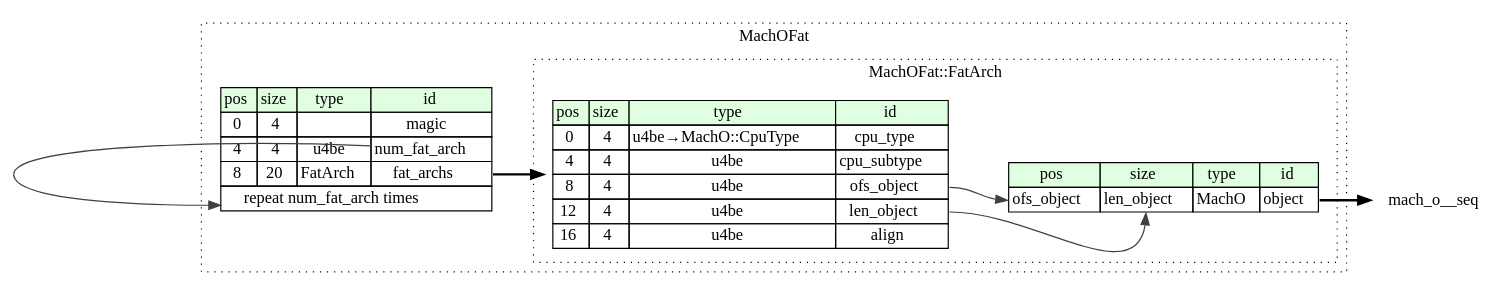
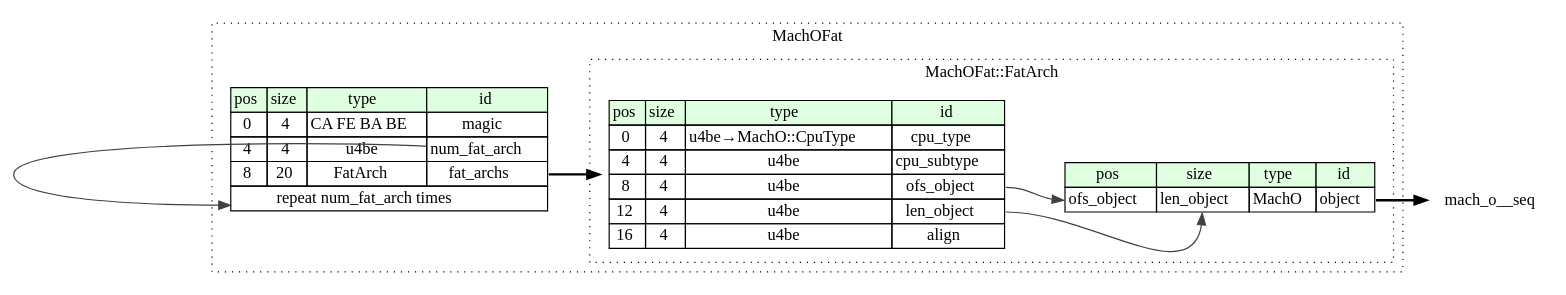
One commit to kaitai-io/formats-kaitai-io.github.io changed the diagram in mach_o_fat/src/graphviz/mach_o_fat.dot. Above: the diagram before and after it, drawn with Graphviz. The commit also changed 6539 other files, not shown here.

```diff
--- a/mach_o_fat/src/graphviz/mach_o_fat.dot
+++ b/mach_o_fat/src/graphviz/mach_o_fat.dot
@@ -1,38 +1,38 @@
 digraph {
 	rankdir=LR;
 	node [shape=plaintext];
 	subgraph cluster__mach_o_fat {
 		label="MachOFat";
 		graph[style=dotted];
 
 		mach_o_fat__seq [label=<<TABLE BORDER="0" CELLBORDER="1" CELLSPACING="0">
 			<TR><TD BGCOLOR="#E0FFE0">pos</TD><TD BGCOLOR="#E0FFE0">size</TD><TD BGCOLOR="#E0FFE0">type</TD><TD BGCOLOR="#E0FFE0">id</TD></TR>
-			<TR><TD PORT="magic_pos">0</TD><TD PORT="magic_size">4</TD><TD></TD><TD PORT="magic_type">magic</TD></TR>
+			<TR><TD PORT="magic_pos">0</TD><TD PORT="magic_size">4</TD><TD>CA FE BA BE</TD><TD PORT="magic_type">magic</TD></TR>
 			<TR><TD PORT="num_fat_arch_pos">4</TD><TD PORT="num_fat_arch_size">4</TD><TD>u4be</TD><TD PORT="num_fat_arch_type">num_fat_arch</TD></TR>
 			<TR><TD PORT="fat_archs_pos">8</TD><TD PORT="fat_archs_size">20</TD><TD>FatArch</TD><TD PORT="fat_archs_type">fat_archs</TD></TR>
 			<TR><TD COLSPAN="4" PORT="fat_archs__repeat">repeat num_fat_arch times</TD></TR>
 		</TABLE>>];
 		subgraph cluster__fat_arch {
 			label="MachOFat::FatArch";
 			graph[style=dotted];
 
 			fat_arch__seq [label=<<TABLE BORDER="0" CELLBORDER="1" CELLSPACING="0">
 				<TR><TD BGCOLOR="#E0FFE0">pos</TD><TD BGCOLOR="#E0FFE0">size</TD><TD BGCOLOR="#E0FFE0">type</TD><TD BGCOLOR="#E0FFE0">id</TD></TR>
 				<TR><TD PORT="cpu_type_pos">0</TD><TD PORT="cpu_type_size">4</TD><TD>u4be→MachO::CpuType</TD><TD PORT="cpu_type_type">cpu_type</TD></TR>
 				<TR><TD PORT="cpu_subtype_pos">4</TD><TD PORT="cpu_subtype_size">4</TD><TD>u4be</TD><TD PORT="cpu_subtype_type">cpu_subtype</TD></TR>
 				<TR><TD PORT="ofs_object_pos">8</TD><TD PORT="ofs_object_size">4</TD><TD>u4be</TD><TD PORT="ofs_object_type">ofs_object</TD></TR>
 				<TR><TD PORT="len_object_pos">12</TD><TD PORT="len_object_size">4</TD><TD>u4be</TD><TD PORT="len_object_type">len_object</TD></TR>
 				<TR><TD PORT="align_pos">16</TD><TD PORT="align_size">4</TD><TD>u4be</TD><TD PORT="align_type">align</TD></TR>
 			</TABLE>>];
 			fat_arch__inst__object [label=<<TABLE BORDER="0" CELLBORDER="1" CELLSPACING="0">
 				<TR><TD BGCOLOR="#E0FFE0">pos</TD><TD BGCOLOR="#E0FFE0">size</TD><TD BGCOLOR="#E0FFE0">type</TD><TD BGCOLOR="#E0FFE0">id</TD></TR>
 				<TR><TD PORT="object_pos">ofs_object</TD><TD PORT="object_size">len_object</TD><TD>MachO</TD><TD PORT="object_type">object</TD></TR>
 			</TABLE>>];
 		}
 	}
 	mach_o_fat__seq:fat_archs_type -> fat_arch__seq [style=bold];
 	mach_o_fat__seq:num_fat_arch_type -> mach_o_fat__seq:fat_archs__repeat [color="#404040"];
 	fat_arch__seq:ofs_object_type -> fat_arch__inst__object:object_pos [color="#404040"];
 	fat_arch__seq:len_object_type -> fat_arch__inst__object:object_size [color="#404040"];
 	fat_arch__inst__object:object_type -> mach_o__seq [style=bold];
 }
```
